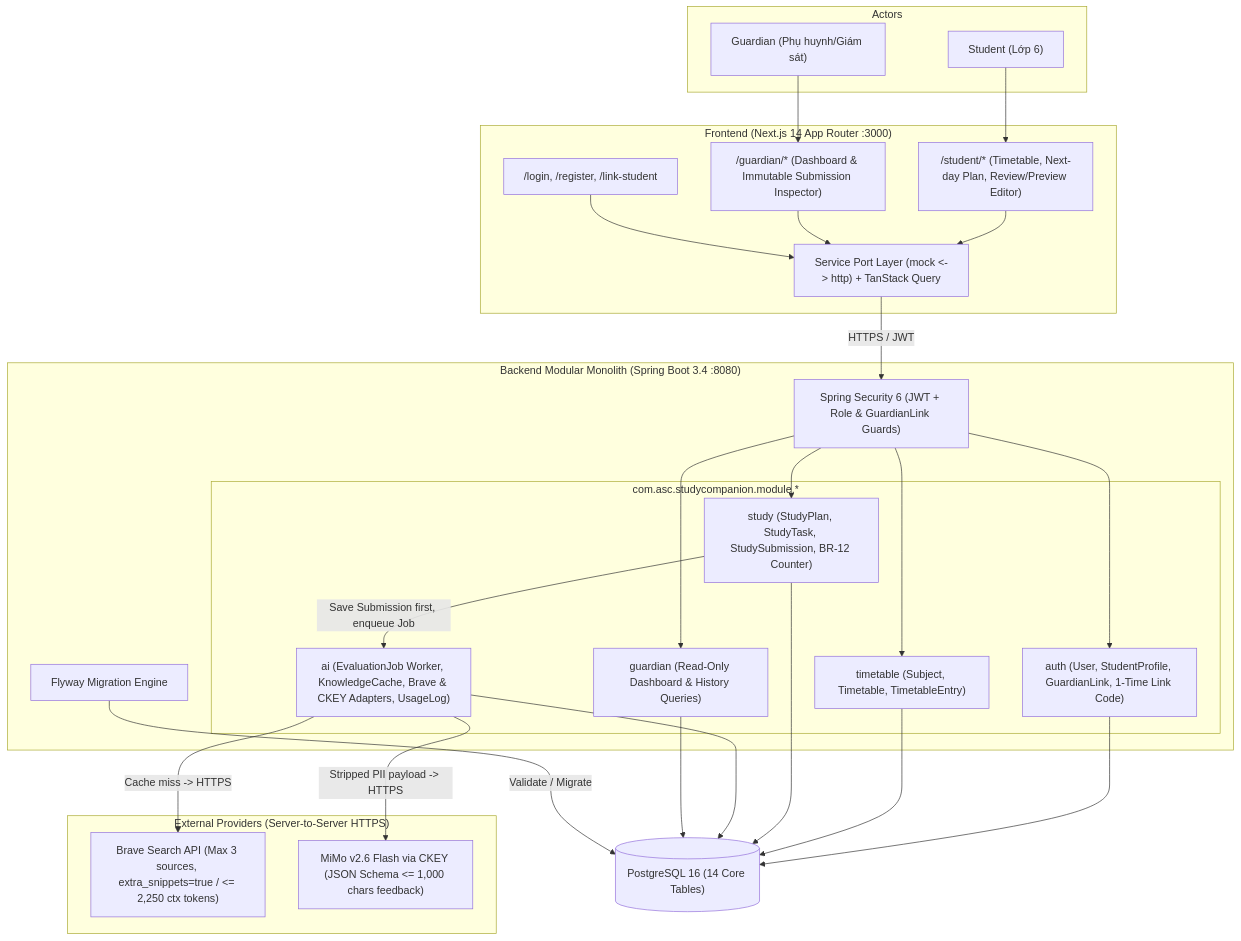
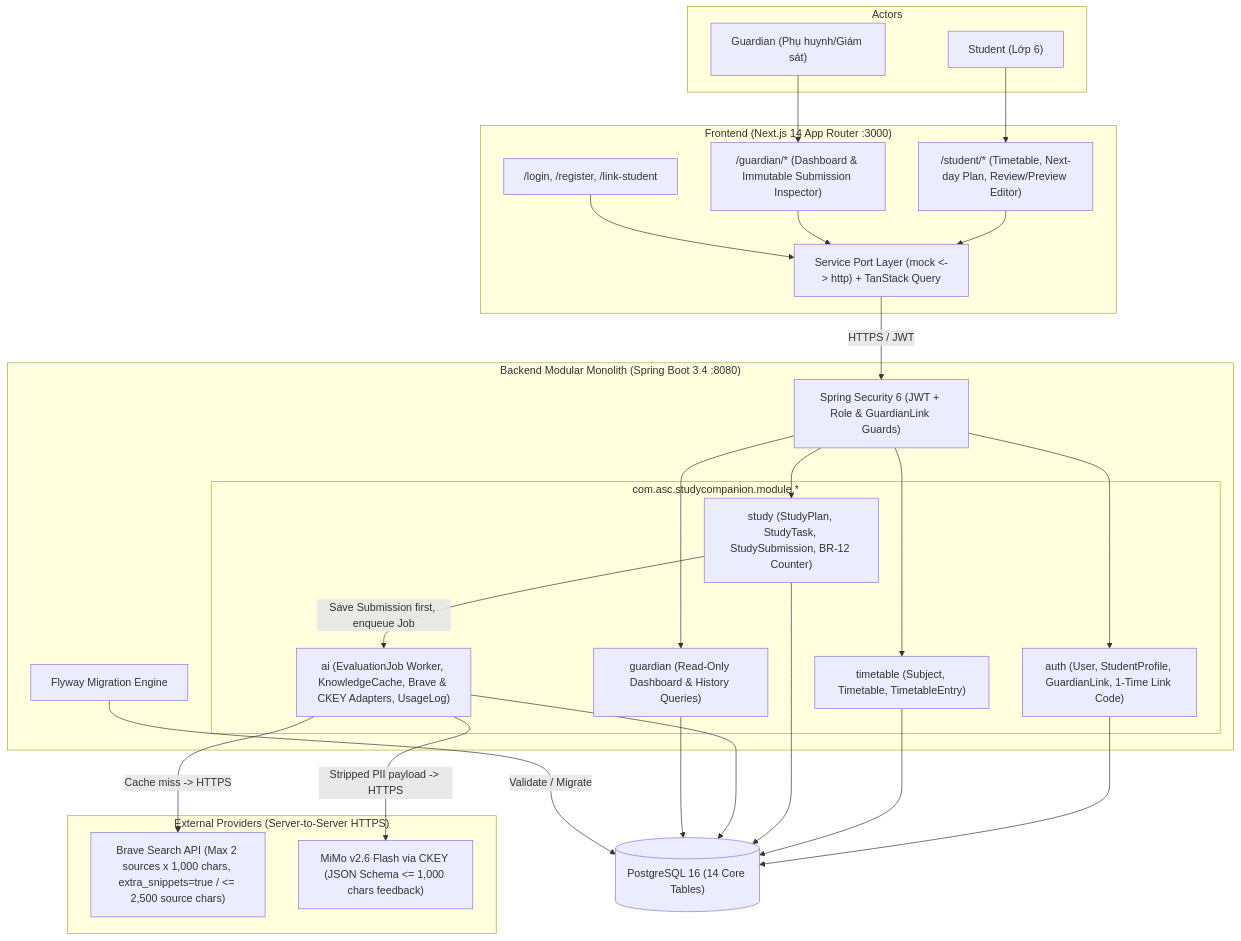
Before and after one commit to QuangTam2005/SEP490-TeaMa: the diagram in docs/ARCHITECTURE.md, drawn with Mermaid. The commit also changed other lines of this file and 13 other files, not shown here.

First line of the commit message:
perf(ai): use 2 high-depth sources x 1000 chars within 2500 source budget

````diff
--- a/docs/ARCHITECTURE.md
+++ b/docs/ARCHITECTURE.md
@@ -36,44 +36,44 @@
 ```mermaid
 flowchart TB
     subgraph Users ["Actors"]
         Student["Student (Lớp 6)"]
         Guardian["Guardian (Phụ huynh/Giám sát)"]
     end
 
     subgraph Client ["Frontend (Next.js 14 App Router :3000)"]
         StudentUI["/student/* (Timetable, Next-day Plan, Review/Preview Editor)"]
         GuardianUI["/guardian/* (Dashboard & Immutable Submission Inspector)"]
         AuthUI["/login, /register, /link-student"]
         SvcPort["Service Port Layer (mock <-> http) + TanStack Query"]
     end
 
     subgraph Backend ["Backend Modular Monolith (Spring Boot 3.4 :8080)"]
         Sec["Spring Security 6 (JWT + Role & GuardianLink Guards)"]
         subgraph Modules ["com.asc.studycompanion.module.*"]
             AuthMod["auth (User, StudentProfile, GuardianLink, 1-Time Link Code)"]
             TimeMod["timetable (Subject, Timetable, TimetableEntry)"]
             StudyMod["study (StudyPlan, StudyTask, StudySubmission, BR-12 Counter)"]
             AiMod["ai (EvaluationJob Worker, KnowledgeCache, Brave & CKEY Adapters, UsageLog)"]
             GuardMod["guardian (Read-Only Dashboard & History Queries)"]
         end
         Flyway["Flyway Migration Engine"]
     end
 
     subgraph External ["External Providers (Server-to-Server HTTPS)"]
-        Brave["Brave Search API (Max 3 sources, extra_snippets=true / <= 2,250 ctx tokens)"]
+        Brave["Brave Search API (Max 2 sources x 1,000 chars, extra_snippets=true / <= 2,500 source chars)"]
         CKEY["MiMo v2.6 Flash via CKEY (JSON Schema <= 1,000 chars feedback)"]
     end
 
     Postgres[("PostgreSQL 16 (14 Core Tables)")]
 
     Student --> StudentUI
     Guardian --> GuardianUI
     StudentUI & GuardianUI & AuthUI --> SvcPort
     SvcPort -->|HTTPS / JWT| Sec
     Sec --> AuthMod & TimeMod & StudyMod & GuardMod
     StudyMod -->|Save Submission first, enqueue Job| AiMod
     AiMod -->|Cache miss -> HTTPS| Brave
     AiMod -->|Stripped PII payload -> HTTPS| CKEY
     AuthMod & TimeMod & StudyMod & AiMod & GuardMod --> Postgres
     Flyway -->|Validate / Migrate| Postgres
 ```
````
